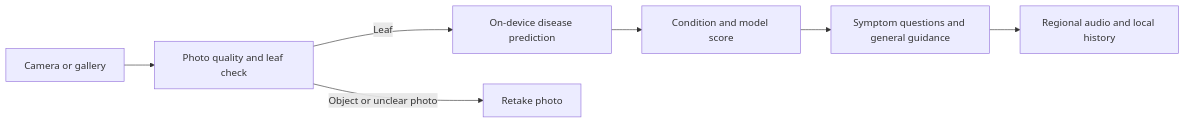
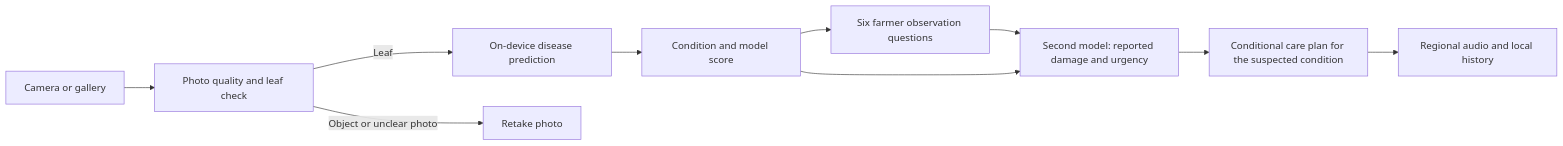
Before and after one commit to salecha-codes/Build_Beyond: the diagram in README.md, drawn with Mermaid. The commit also changed other lines of this file and 115 other files, not shown here.

Commit message:
Add offline disease care and severity advisory model for all 17 categories

````diff
--- a/README.md
+++ b/README.md
@@ -13,9 +13,12 @@
 ```mermaid
 flowchart LR
     A[Camera or gallery] --> B[Photo quality and leaf check]
     B -->|Leaf| C[On-device disease prediction]
     B -->|Object or unclear photo| D[Retake photo]
     C --> E[Condition and model score]
-    E --> F[Symptom questions and general guidance]
-    F --> G[Regional audio and local history]
+    E --> F[Six farmer observation questions]
+    F --> H[Second model: reported damage and urgency]
+    E --> H
+    H --> I[Conditional care plan for the suspected condition]
+    I --> G[Regional audio and local history]
 ```
````
